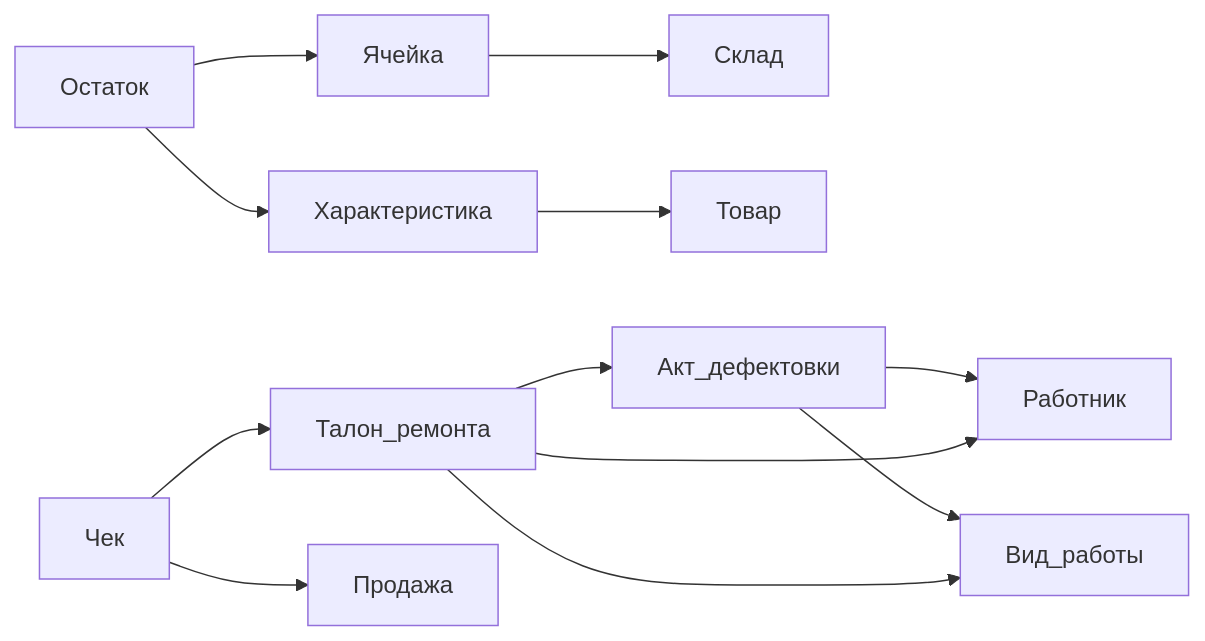
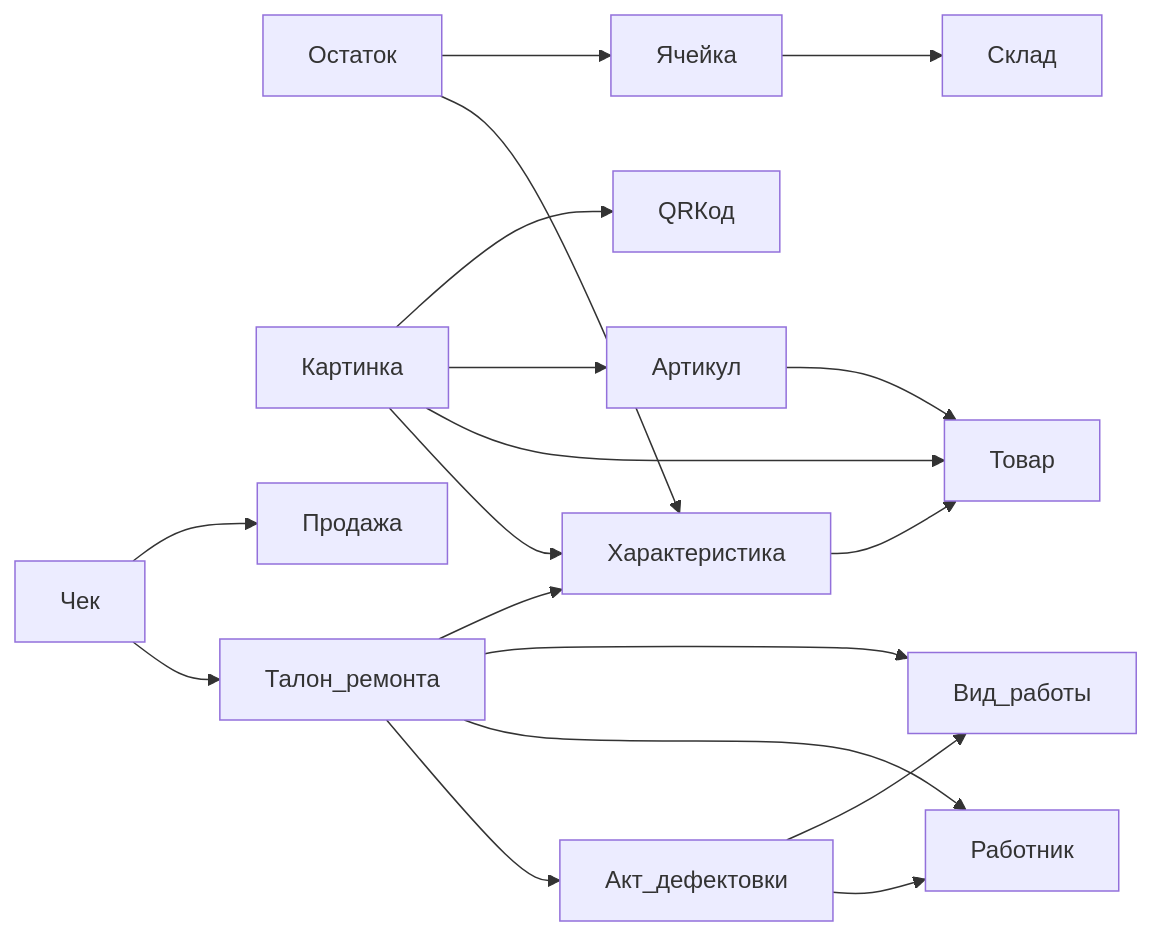
One commit to re-star-ru/restar changed the diagram in docs/entity.md. Above: the diagram before and after it, drawn with Mermaid.

Commit message:
подумать над qrкодом уникальным, как бы его заюзать чтобы избавиться от лишнего

````diff
--- a/docs/entity.md
+++ b/docs/entity.md
@@ -3,21 +3,28 @@
 ```mermaid
 flowchart LR
     Склад
     Ячейка --> Склад
     Товар
+    Артикул --> Товар
     Характеристика --> Товар
     Остаток --> Характеристика
     Остаток --> Ячейка
+    
+    Картинка --> Характеристика
+    Картинка --> Товар
+    Картинка --> Артикул
+    Картинка --> QRКод
     
     Работник
     Вид_работы
     Акт_дефектовки --> Работник
     Акт_дефектовки --> Вид_работы
     
     Талон_ремонта --> Акт_дефектовки
     Талон_ремонта --> Работник
     Талон_ремонта --> Вид_работы
+    Талон_ремонта --> Характеристика
     
     Чек --> Талон_ремонта
     Чек --> Продажа
 ```
````
